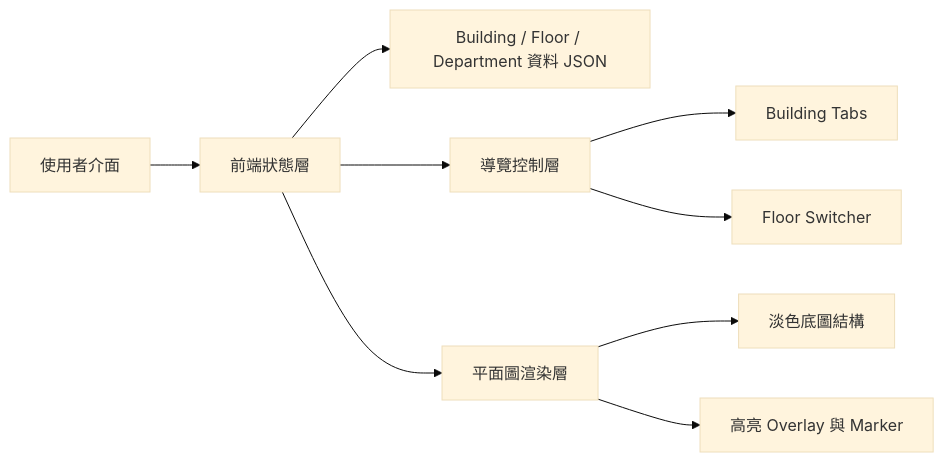
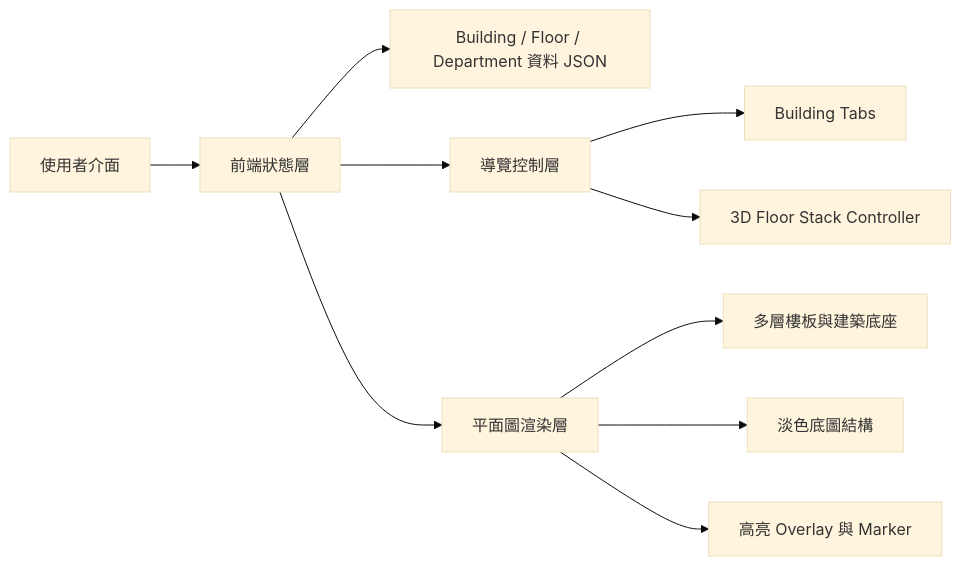
One commit to wilsonlcf1216-lab/clickonme changed the first of 2 diagrams in .trae/documents/technical-architecture.md. Above: the diagram before and after it, drawn with Mermaid (base theme). The commit also changed other lines of this file and 5 other files, not shown here.

````diff
--- a/.trae/documents/technical-architecture.md
+++ b/.trae/documents/technical-architecture.md
@@ -2,11 +2,12 @@
 ```mermaid
 flowchart LR
     A["使用者介面"] --> B["前端狀態層"]
     B --> C["Building / Floor / Department 資料 JSON"]
     B --> D["導覽控制層"]
     D --> E["Building Tabs"]
-    D --> F["Floor Switcher"]
+    D --> F["3D Floor Stack Controller"]
     B --> G["平面圖渲染層"]
-    G --> H["淡色底圖結構"]
-    G --> I["高亮 Overlay 與 Marker"]
+    G --> H["多層樓板與建築底座"]
+    G --> I["淡色底圖結構"]
+    G --> J["高亮 Overlay 與 Marker"]
 ```
````
